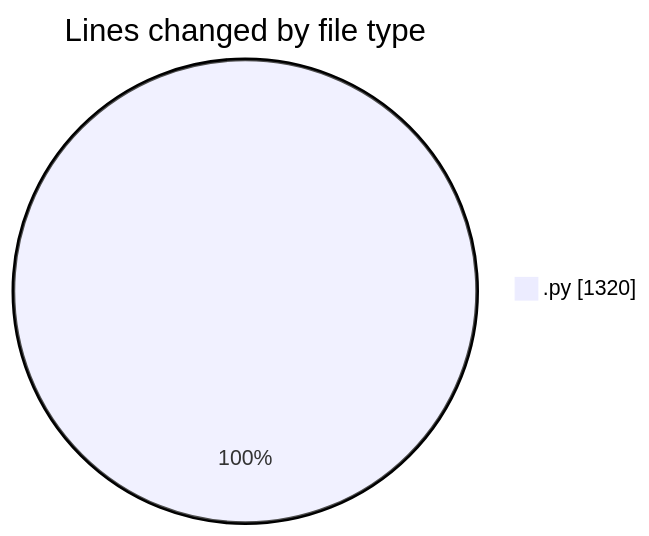
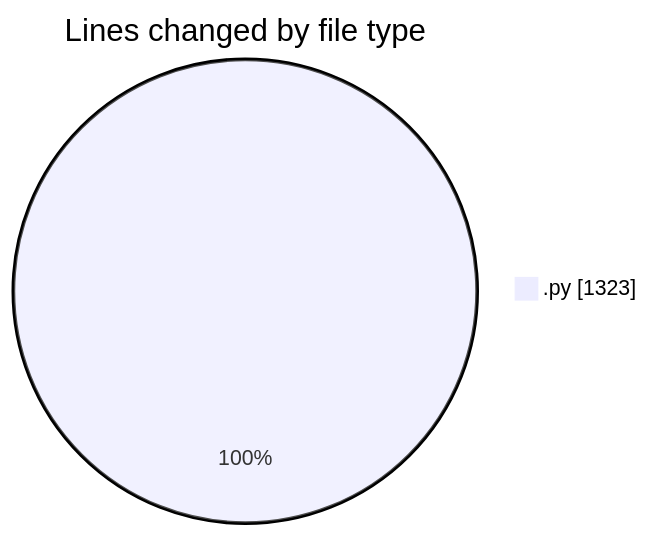
Before and after one commit to julien-gomy/code-tracking: the first of 2 diagrams in 2025-10-10/eventscop-api-guide__workspace_/README.md, drawn with Mermaid. The commit also changed other lines of this file and 1 other file, not shown here.

````diff
--- a/2025-10-10/eventscop-api-guide__workspace_/README.md
+++ b/2025-10-10/eventscop-api-guide__workspace_/README.md
@@ -23,5 +23,5 @@
 ```mermaid
 pie showData
 title Lines changed by file type
-".py" : 1320
+".py" : 1323
 ```
````
